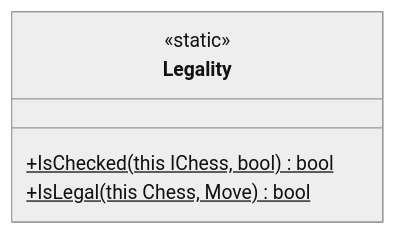
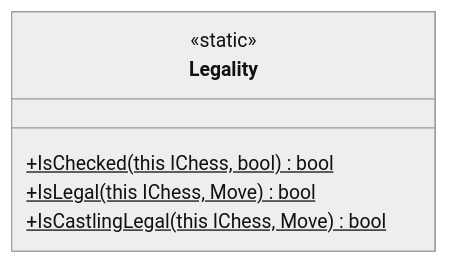
One commit to JeanLColombo/Mate changed the fourth of 9 diagrams in UML Diagram/Core/Extensions.md. Above: the diagram before and after it, drawn with Mermaid (neutral theme). The commit also changed 7 other files, not shown here.

Commit message:
Fully tested IsLegal(move)

````diff
--- a/UML Diagram/Core/Extensions.md
+++ b/UML Diagram/Core/Extensions.md
@@ -44,8 +44,9 @@
 ```mermaid
     classDiagram
     class Legality{
         <<static>>
         +IsChecked(this IChess, bool)$ bool
-        +IsLegal(this Chess, Move)$ bool 
+        +IsLegal<TChess>(this IChess, Move)$ bool 
+        +IsCastlingLegal<TChess>(this IChess, Move)$ bool 
     }
 ```
````
